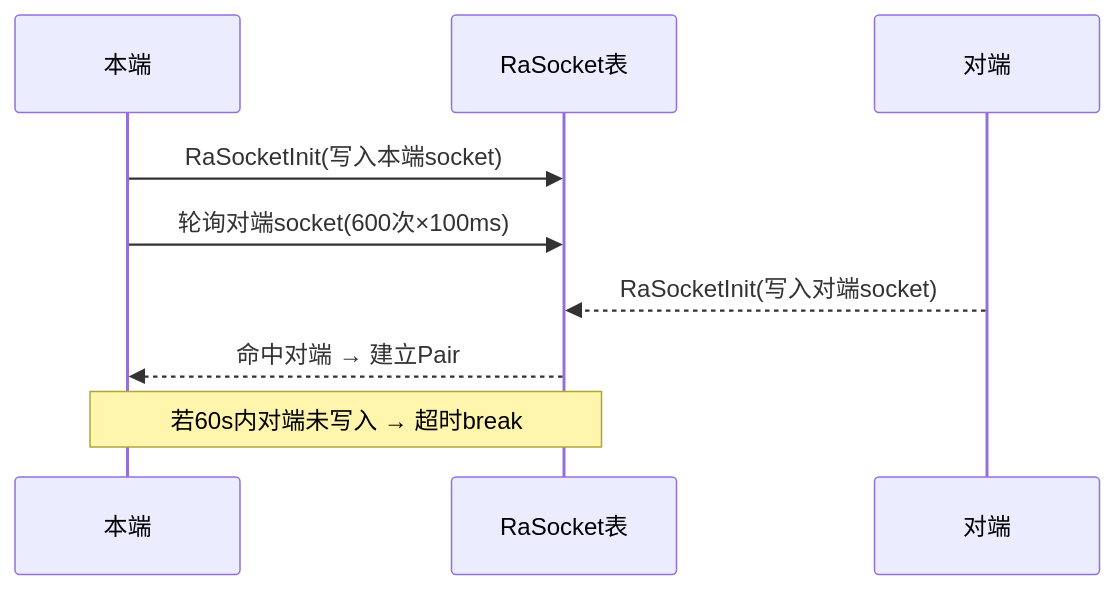
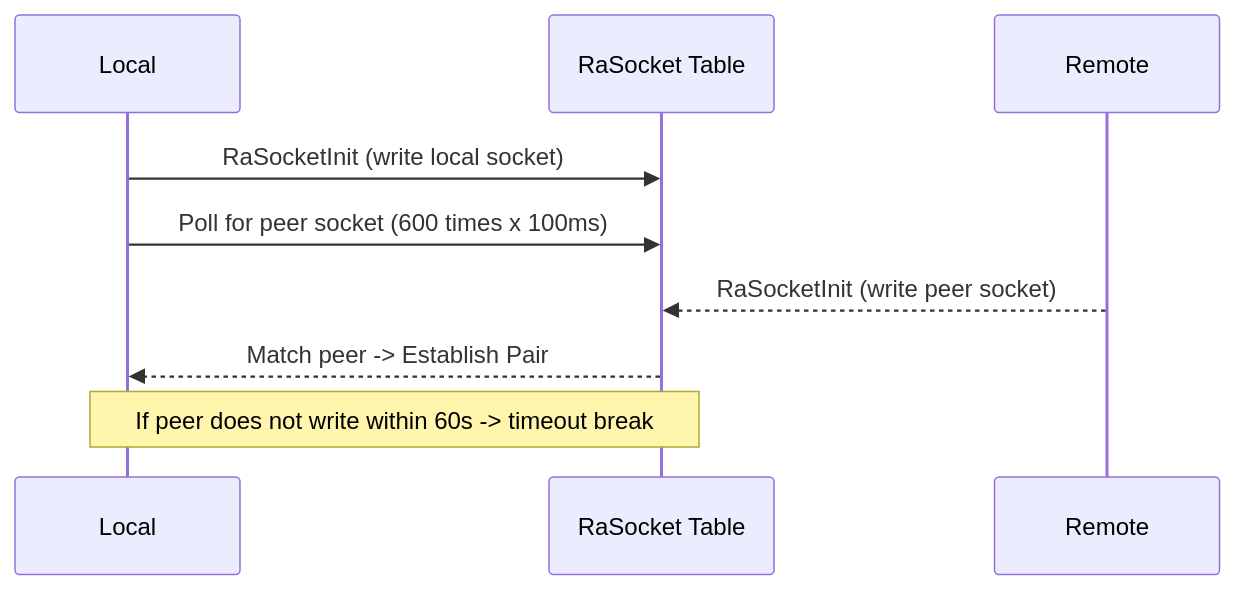
Before and after one commit to Atlas-Ascend-Fork/hcomm: the fourth of 4 diagrams in test/hccl_vm/docs/faq/modules/faq_en.md, drawn with Mermaid. The commit also changed other lines of this file and 73 other files, not shown here.

````diff
--- a/test/hccl_vm/docs/faq/modules/faq_en.md
+++ b/test/hccl_vm/docs/faq/modules/faq_en.md
@@ -1039,11 +1039,11 @@
 ```mermaid
 sequenceDiagram
-    participant L as 本端
-    participant DB as RaSocket表
-    participant R as 对端
-    L->>DB: RaSocketInit(写入本端socket)
-    L->>DB: 轮询对端socket(600次×100ms)
-    R-->>DB: RaSocketInit(写入对端socket)
-    DB-->>L: 命中对端 → 建立Pair
-    Note over L,DB: 若60s内对端未写入 → 超时break
+    participant L as Local
+    participant DB as RaSocket Table
+    participant R as Remote
+    L->>DB: RaSocketInit (write local socket)
+    L->>DB: Poll for peer socket (600 times x 100ms)
+    R-->>DB: RaSocketInit (write peer socket)
+    DB-->>L: Match peer -> Establish Pair
+    Note over L,DB: If peer does not write within 60s -> timeout break
 ```
````
